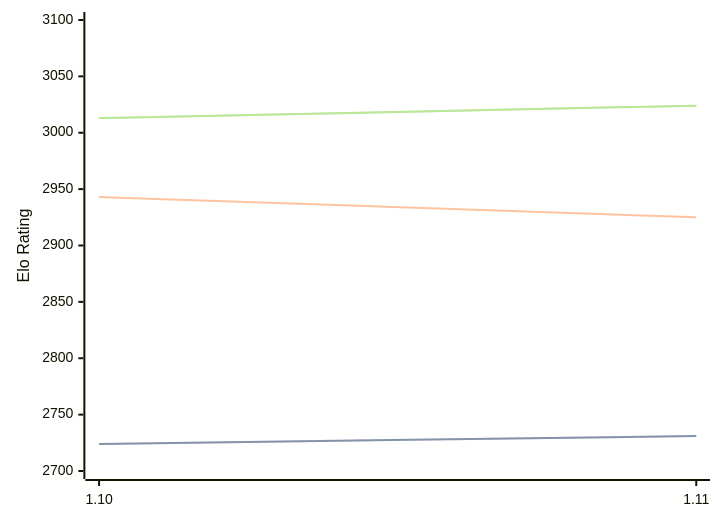
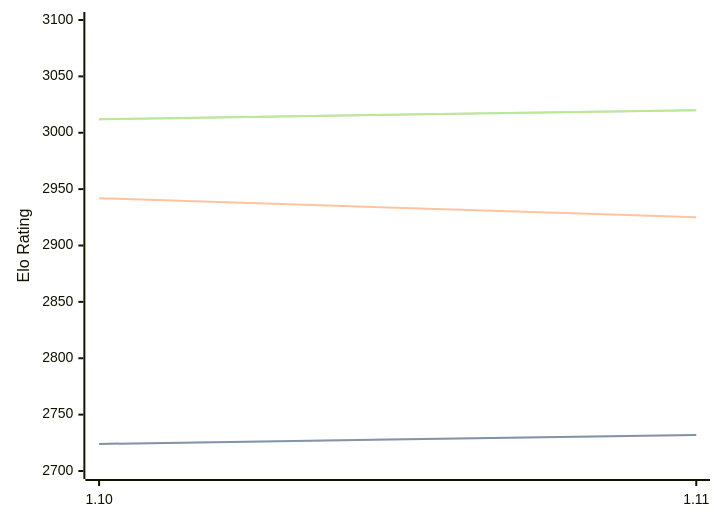
One commit to computer-chess-index/cci changed the diagram in engines/Roc.md. Above: the diagram before and after it, drawn with Mermaid. The commit also changed other lines of this file, not shown here.

Commit message:
Update CCI Ratings (ELO VLTC) - 2026-06-10

````diff
--- a/engines/Roc.md
+++ b/engines/Roc.md
@@ -65,11 +65,11 @@
 ```mermaid
 %%{init: {"theme":"base","themeVariables":{"seriesColors:['#a3a3a3','#222221','#faa371']}}}%%
 xychart-beta
   x-axis ["1.10", "1.11"]
   y-axis "Elo Rating" 2700 --> 3100
-  line "STC (8.0+0.08s)" [2724, 2731]
-  line "STC (8.0+0.08s)" [2724, 2731]
-  line "LTC (60.0+0.60s)" [2943, 2925]
-  line "VLTC (2m24s+1.12s)" [3013, 3024]
-  line "VLTC (2m24s+1.12s)" [3013, 3024]
+  line "STC (8.0+0.08s)" [2724, 2732]
+  line "STC (8.0+0.08s)" [2724, 2732]
+  line "LTC (60.0+0.60s)" [2942, 2925]
+  line "VLTC (2m24s+1.12s)" [3012, 3020]
+  line "VLTC (2m24s+1.12s)" [3012, 3020]
 ```
````
